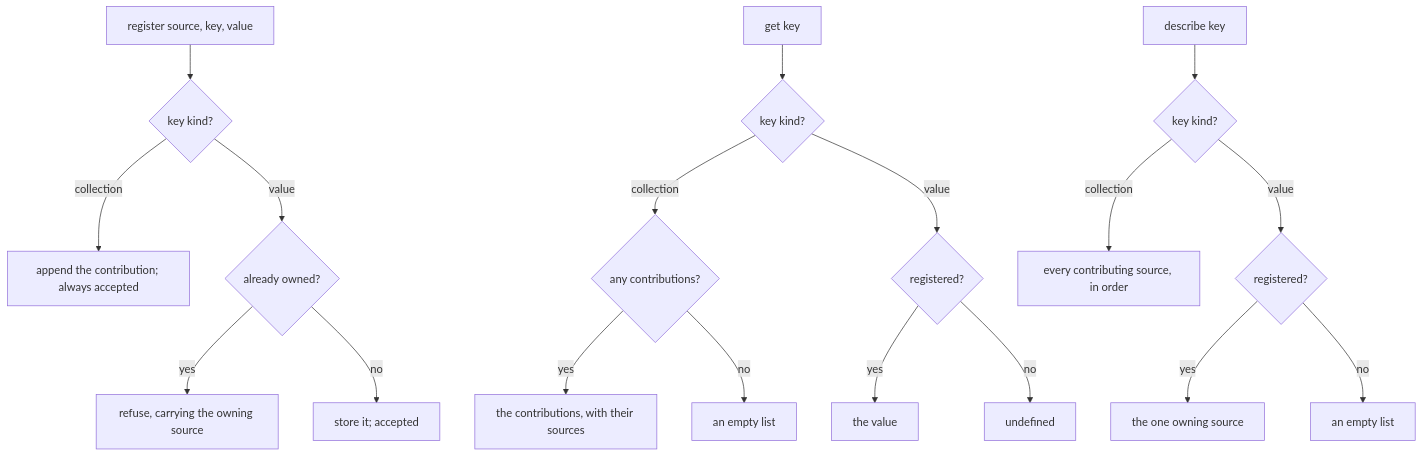
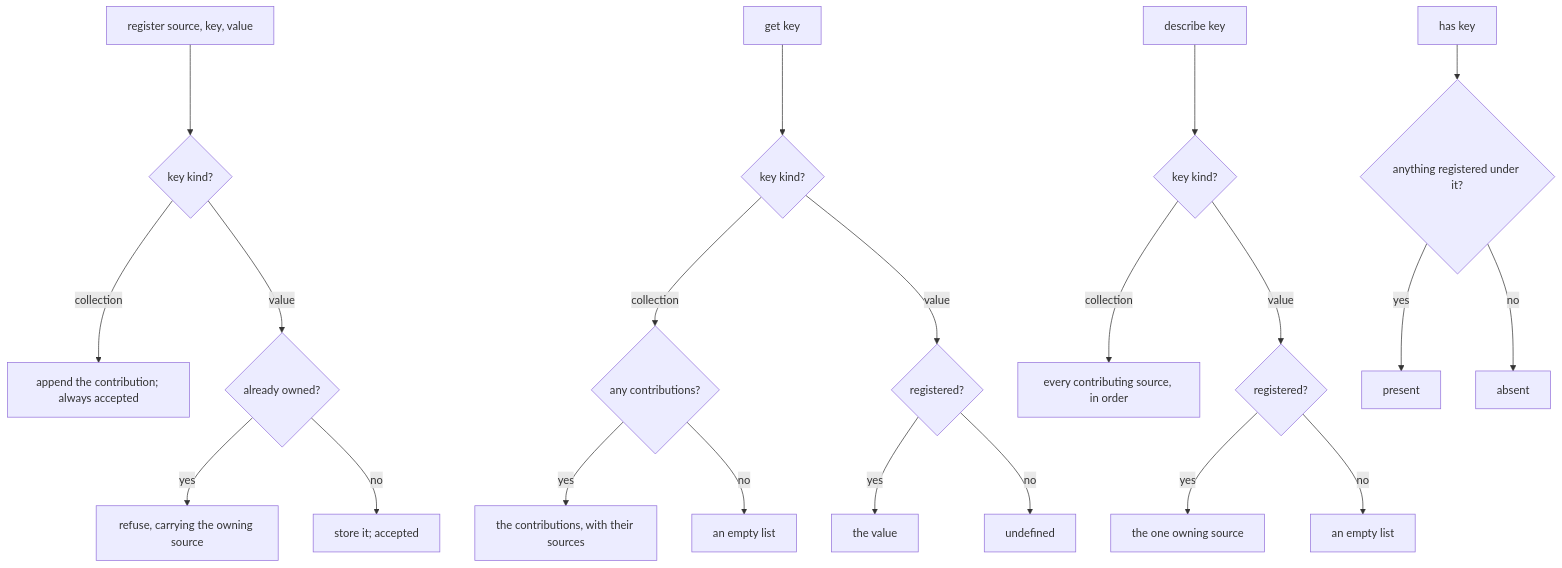
The third of 4 diagrams in packages/clibuilder/.agents/spec/plugins/README.md (clibuilder/clibuilder), drawn with Mermaid before and after one commit. The commit also changed other lines of this file and 2 other files, not shown here.

````diff
--- a/packages/clibuilder/.agents/spec/plugins/README.md
+++ b/packages/clibuilder/.agents/spec/plugins/README.md
@@ -168,20 +189,23 @@
 ```mermaid
 graph TD
   R[register source, key, value] --> KIND{key kind?}
   KIND -- collection --> APP[append the contribution; always accepted]
   KIND -- value --> OWN{already owned?}
   OWN -- yes --> REF[refuse, carrying the owning source]
   OWN -- no --> TAKE[store it; accepted]
   G[get key] --> GK{key kind?}
   GK -- collection --> GC{any contributions?}
   GC -- yes --> GCL[the contributions, with their sources]
   GC -- no --> GE[an empty list]
   GK -- value --> GV{registered?}
   GV -- yes --> GVV[the value]
   GV -- no --> GU[undefined]
   D[describe key] --> DK{key kind?}
   DK -- collection --> DC[every contributing source, in order]
   DK -- value --> DV{registered?}
   DV -- yes --> DVS[the one owning source]
   DV -- no --> DE[an empty list]
+  H[has key] --> HR{anything registered under it?}
+  HR -- yes --> HT[present]
+  HR -- no --> HF[absent]
 ```
````
